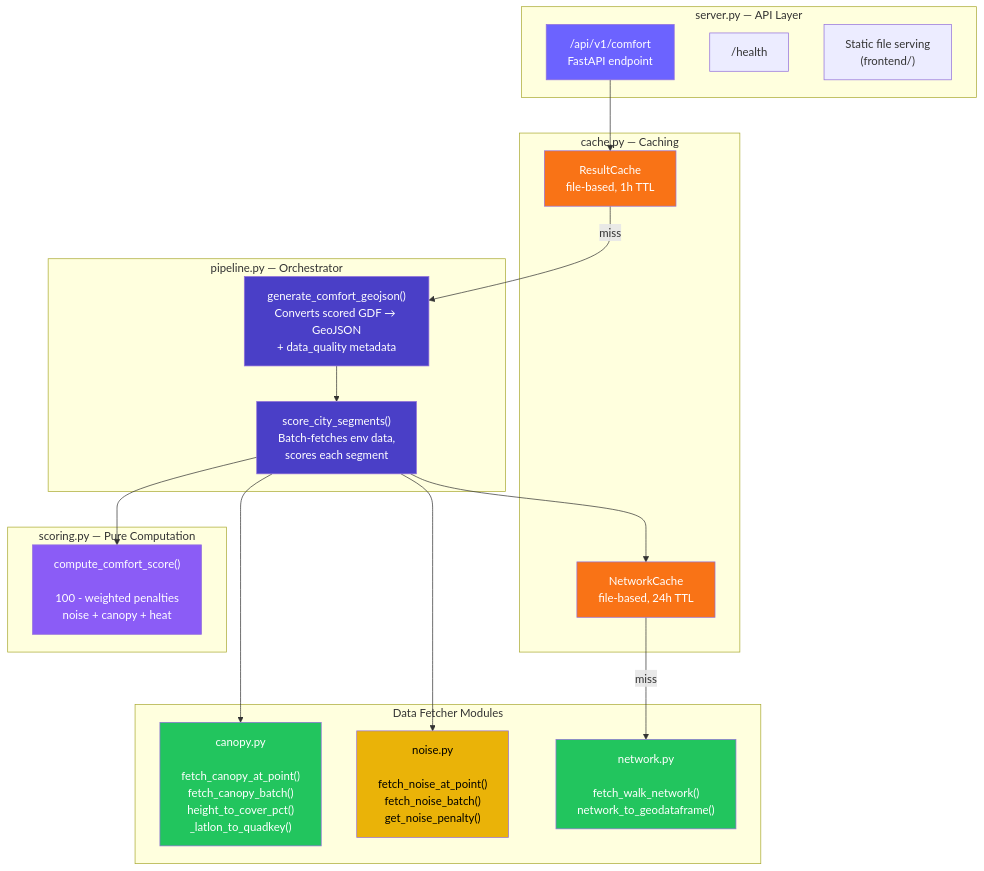
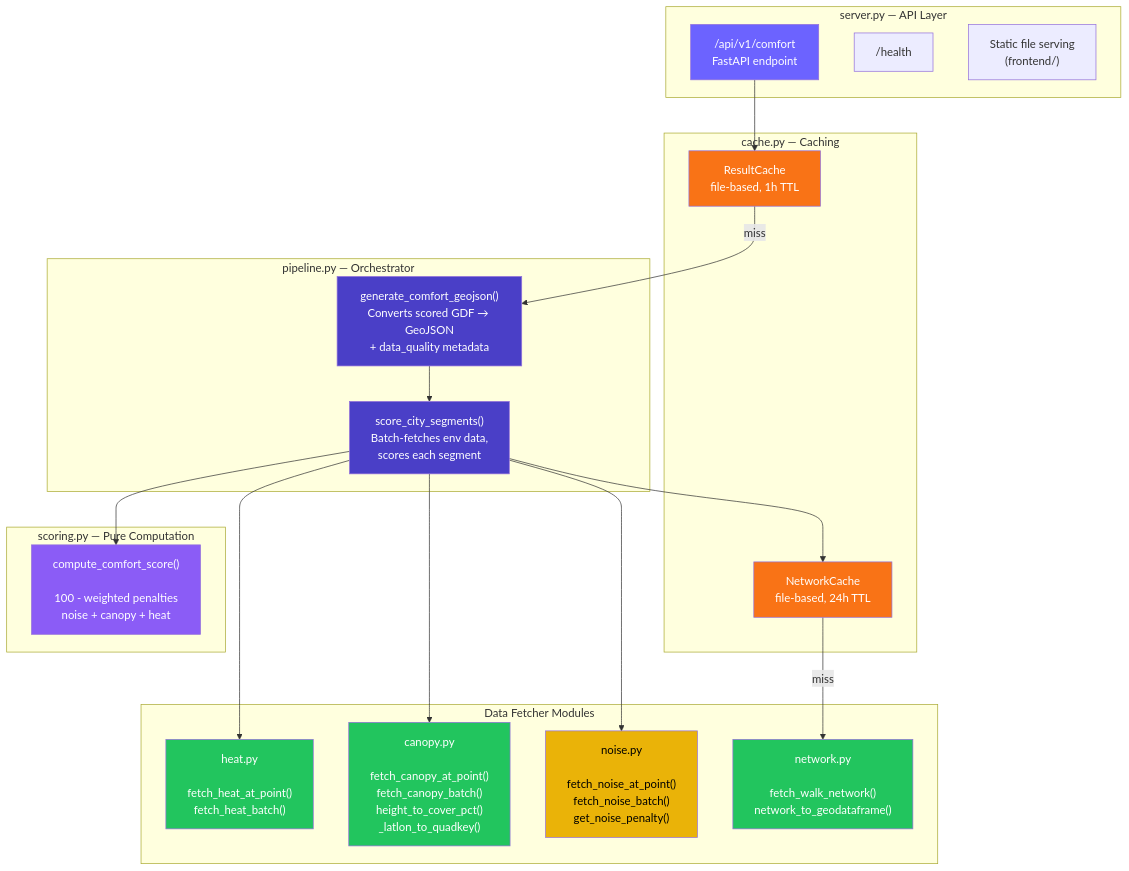
One commit to Jonathanrbarrow/HCF changed the first of 2 diagrams in docs/c4/components.md. Above: the diagram before and after it, drawn with Mermaid. The commit also changed other lines of this file and 7 other files, not shown here.

````diff
--- a/docs/c4/components.md
+++ b/docs/c4/components.md
@@ -5,47 +5,50 @@
 ```mermaid
 graph TB
     subgraph server["server.py — API Layer"]
         EP["/api/v1/comfort\nFastAPI endpoint"]
         HEALTH["/health"]
         STATIC["Static file serving\n(frontend/)"]
     end
 
     subgraph cache_layer["cache.py — Caching"]
         NC["NetworkCache\nfile-based, 24h TTL"]
         RC["ResultCache\nfile-based, 1h TTL"]
     end
 
     subgraph pipeline["pipeline.py — Orchestrator"]
         SCS["score_city_segments()\nBatch-fetches env data,\nscores each segment"]
         GCG["generate_comfort_geojson()\nConverts scored GDF → GeoJSON\n+ data_quality metadata"]
     end
 
     subgraph data_fetchers["Data Fetcher Modules"]
         NET["network.py\n\nfetch_walk_network()\nnetwork_to_geodataframe()"]
         NOISE["noise.py\n\nfetch_noise_at_point()\nfetch_noise_batch()\nget_noise_penalty()"]
         CANOPY["canopy.py\n\nfetch_canopy_at_point()\nfetch_canopy_batch()\nheight_to_cover_pct()\n_latlon_to_quadkey()"]
+        HEAT["heat.py\n\nfetch_heat_at_point()\nfetch_heat_batch()"]
     end
 
     subgraph scoring_engine["scoring.py — Pure Computation"]
         SCORE["compute_comfort_score()\n\n100 - weighted penalties\nnoise + canopy + heat"]
     end
 
     EP --> RC
     RC -->|miss| GCG
     GCG --> SCS
     SCS --> NC
     NC -->|miss| NET
     SCS --> NOISE
     SCS --> CANOPY
+    SCS --> HEAT
     SCS --> SCORE
 
     style EP fill:#6c63ff,color:#fff
     style NC fill:#f97316,color:#fff
     style RC fill:#f97316,color:#fff
     style SCS fill:#4a3fc7,color:#fff
     style GCG fill:#4a3fc7,color:#fff
     style NET fill:#22c55e,color:#fff
     style NOISE fill:#eab308,color:#000
     style CANOPY fill:#22c55e,color:#fff
+    style HEAT fill:#22c55e,color:#fff
     style SCORE fill:#8b5cf6,color:#fff
 ```
````
